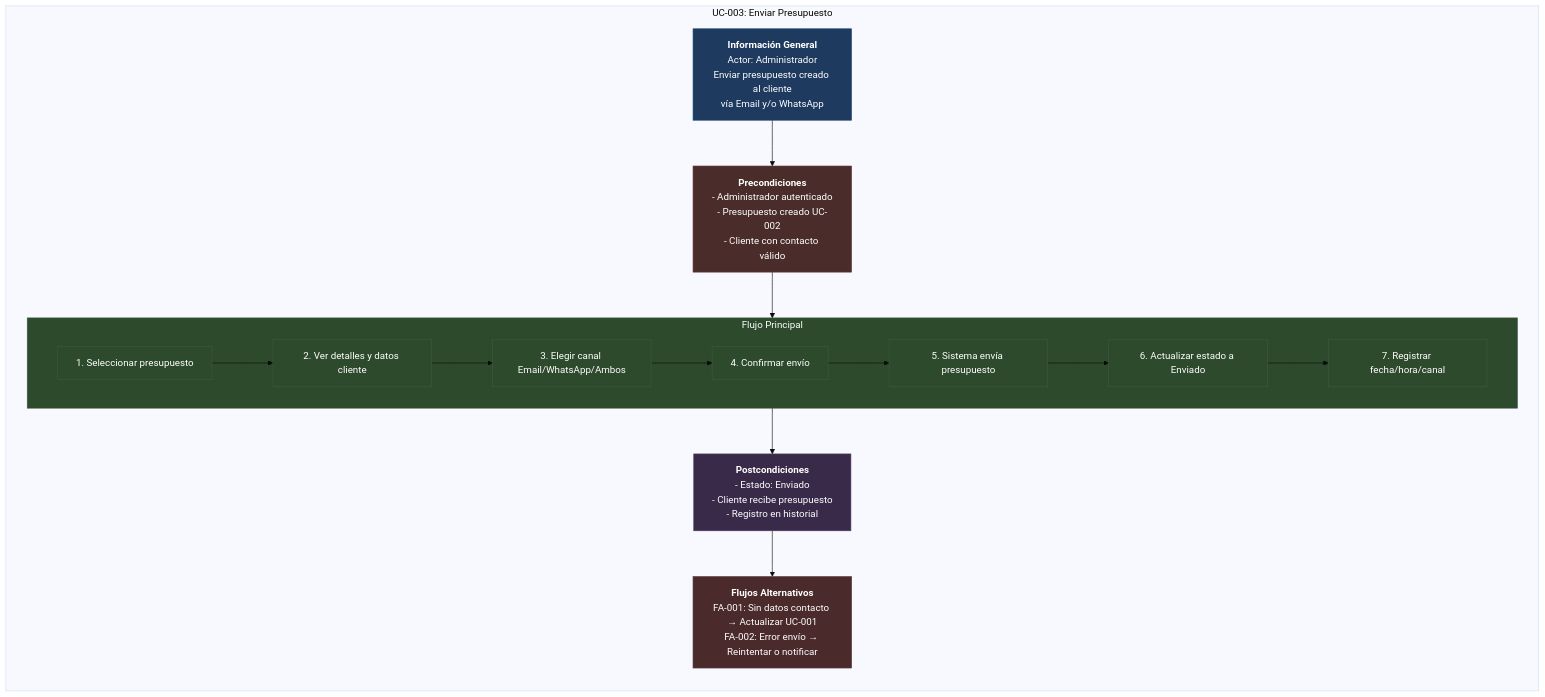
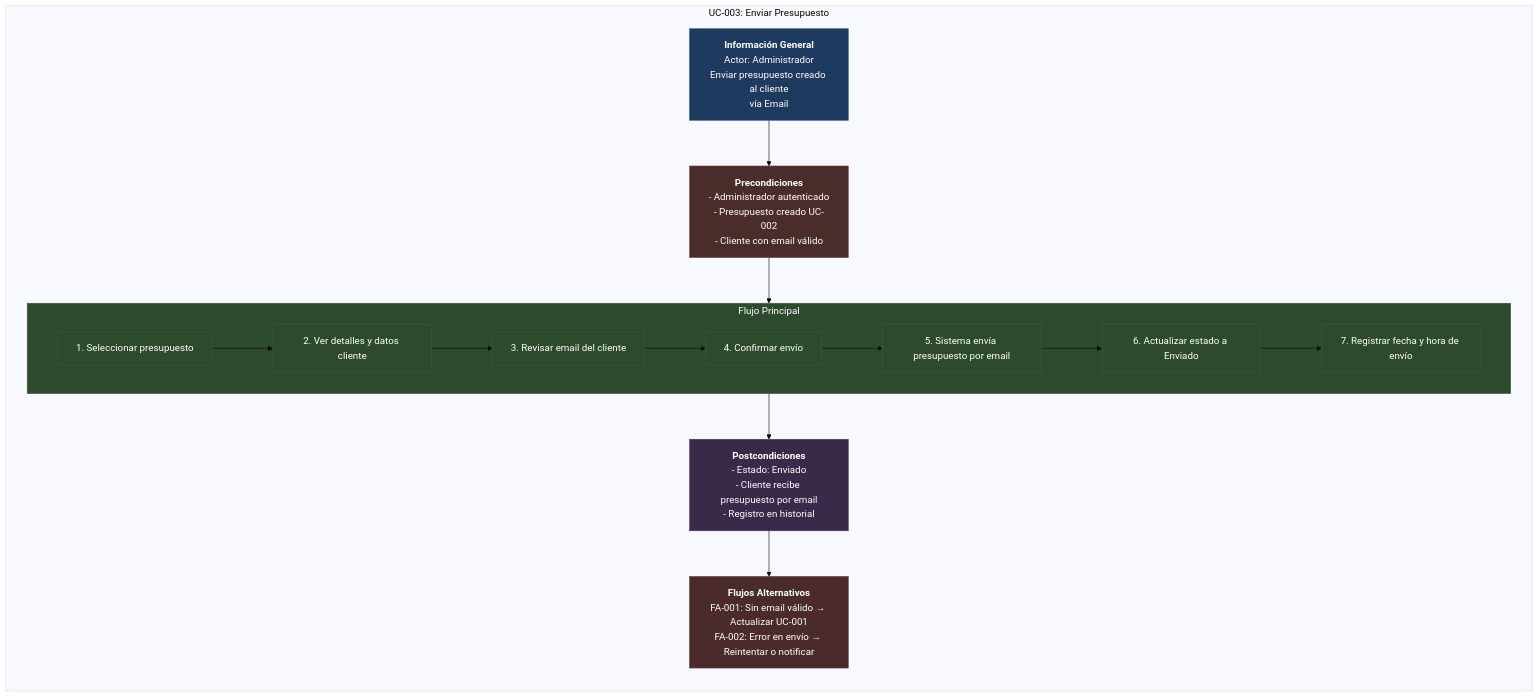
The second of 5 diagrams in test3.md (Marcos0o0/testttttt), drawn with Mermaid (base theme) before and after one commit.

Commit message:
Update budget sending process to use email only

````diff
--- a/test3.md
+++ b/test3.md
@@ -61,41 +61,41 @@
 ```mermaid
 graph TB
     subgraph UC003["UC-003: Enviar Presupuesto"]
         direction TB
         
-        Info["<b>Información General</b><br/>Actor: Administrador<br/>Enviar presupuesto creado al cliente<br/>vía Email y/o WhatsApp"]
+        Info["<b>Información General</b><br/>Actor: Administrador<br/>Enviar presupuesto creado al cliente<br/>vía Email"]
         
-        Pre["<b>Precondiciones</b><br/>- Administrador autenticado<br/>- Presupuesto creado UC-002<br/>- Cliente con contacto válido"]
+        Pre["<b>Precondiciones</b><br/>- Administrador autenticado<br/>- Presupuesto creado UC-002<br/>- Cliente con email válido"]
         
         subgraph Flujo["Flujo Principal"]
             F1["1. Seleccionar presupuesto"]
             F2["2. Ver detalles y datos cliente"]
-            F3["3. Elegir canal Email/WhatsApp/Ambos"]
+            F3["3. Revisar email del cliente"]
             F4["4. Confirmar envío"]
-            F5["5. Sistema envía presupuesto"]
+            F5["5. Sistema envía presupuesto por email"]
             F6["6. Actualizar estado a Enviado"]
-            F7["7. Registrar fecha/hora/canal"]
+            F7["7. Registrar fecha y hora de envío"]
             
             F1 --> F2 --> F3 --> F4 --> F5 --> F6 --> F7
         end
         
-        Post["<b>Postcondiciones</b><br/>- Estado: Enviado<br/>- Cliente recibe presupuesto<br/>- Registro en historial"]
+        Post["<b>Postcondiciones</b><br/>- Estado: Enviado<br/>- Cliente recibe presupuesto por email<br/>- Registro en historial"]
         
-        Alt["<b>Flujos Alternativos</b><br/>FA-001: Sin datos contacto → Actualizar UC-001<br/>FA-002: Error envío → Reintentar o notificar"]
+        Alt["<b>Flujos Alternativos</b><br/>FA-001: Sin email válido → Actualizar UC-001<br/>FA-002: Error en envío → Reintentar o notificar"]
         
         Info --> Pre --> Flujo --> Post --> Alt
     end
     
     style Info fill:#1e3a5f,stroke:#2c5282,color:#fff
     style Pre fill:#4a2c2a,stroke:#6b3e3a,color:#fff
     style Flujo fill:#2d4a2c,stroke:#3d5a3c,color:#fff
     style Post fill:#3a2a4a,stroke:#4a3a5a,color:#fff
     style Alt fill:#4a2a2a,stroke:#5a3a3a,color:#fff
     style F1 fill:#2d4a2c,stroke:#3d5a3c,color:#fff
     style F2 fill:#2d4a2c,stroke:#3d5a3c,color:#fff
     style F3 fill:#2d4a2c,stroke:#3d5a3c,color:#fff
     style F4 fill:#2d4a2c,stroke:#3d5a3c,color:#fff
     style F5 fill:#2d4a2c,stroke:#3d5a3c,color:#fff
     style F6 fill:#2d4a2c,stroke:#3d5a3c,color:#fff
     style F7 fill:#2d4a2c,stroke:#3d5a3c,color:#fff
 ```
````
